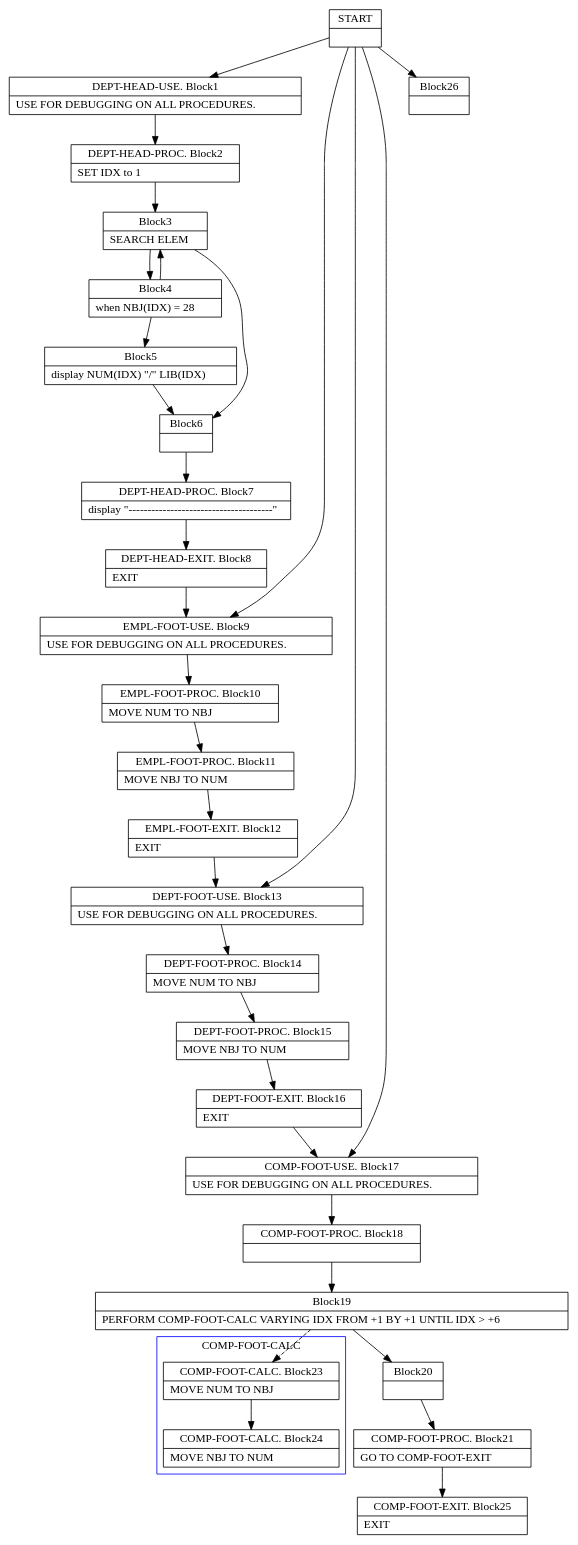
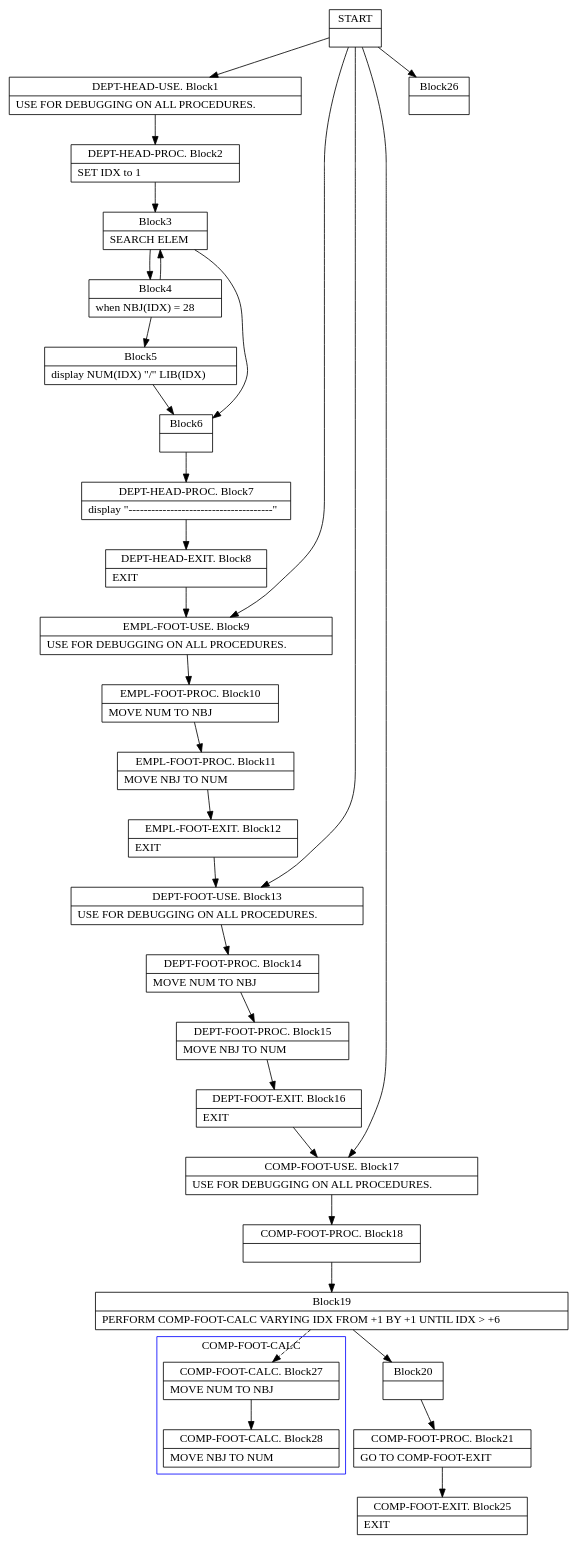
The diagram in TypeCobol.Analysis.Test/BasicCfgInstrs/Declaratives1.dot (TypeCobolTeam/TypeCobol), drawn with Graphviz before and after one commit. The commit also changed 13 other files, not shown here.

```diff
--- a/TypeCobol.Analysis.Test/BasicCfgInstrs/Declaratives1.dot
+++ b/TypeCobol.Analysis.Test/BasicCfgInstrs/Declaratives1.dot
@@ -1,125 +1,125 @@
 digraph Cfg {
 compound=true;
 node [
 shape = "record"
 ]
 
 edge [
 arrowtail = "empty"
 ]
 Block0 [
 label = "{START|}"
 ]
 Block1 [
 label = "{DEPT-HEAD-USE. Block1|    USE FOR DEBUGGING ON ALL PROCEDURES.\l}"
 ]
 Block2 [
 label = "{DEPT-HEAD-PROC. Block2|    SET IDX to 1\l}"
 ]
 Block3 [
 label = "{Block3|    SEARCH ELEM\l}"
 ]
 Block4 [
 label = "{Block4|           when NBJ(IDX) = 28\l}"
 ]
 Block5 [
 label = "{Block5|           display NUM(IDX) \"/\" LIB(IDX)\l}"
 ]
 Block6 [
 label = "{Block6|}"
 ]
 Block7 [
 label = "{DEPT-HEAD-PROC. Block7|    display \"--------------------------------------\"\l}"
 ]
 Block8 [
 label = "{DEPT-HEAD-EXIT. Block8|EXIT\l}"
 ]
 Block9 [
 label = "{EMPL-FOOT-USE. Block9|                       USE FOR DEBUGGING ON ALL PROCEDURES.\l}"
 ]
 Block10 [
 label = "{EMPL-FOOT-PROC. Block10|MOVE NUM TO NBJ\l}"
 ]
 Block11 [
 label = "{EMPL-FOOT-PROC. Block11|MOVE NBJ TO NUM\l}"
 ]
 Block12 [
 label = "{EMPL-FOOT-EXIT. Block12|EXIT\l}"
 ]
 Block13 [
 label = "{DEPT-FOOT-USE. Block13|                       USE FOR DEBUGGING ON ALL PROCEDURES.\l}"
 ]
 Block14 [
 label = "{DEPT-FOOT-PROC. Block14|MOVE NUM TO NBJ\l}"
 ]
 Block15 [
 label = "{DEPT-FOOT-PROC. Block15|MOVE NBJ TO NUM\l}"
 ]
 Block16 [
 label = "{DEPT-FOOT-EXIT. Block16|EXIT\l}"
 ]
 Block17 [
 label = "{COMP-FOOT-USE. Block17|                       USE FOR DEBUGGING ON ALL PROCEDURES.\l}"
 ]
 Block18 [
 label = "{COMP-FOOT-PROC. Block18|}"
 ]
 Block19 [
 label = "{Block19|PERFORM COMP-FOOT-CALC  VARYING IDX FROM +1 BY +1  UNTIL IDX \> +6\l}"
 ]
 subgraph cluster_1{
 color = blue;
 label = "COMP-FOOT-CALC";
-Block23 [
-label = "{COMP-FOOT-CALC. Block23|MOVE NUM TO NBJ\l}"
+Block27 [
+label = "{COMP-FOOT-CALC. Block27|MOVE NUM TO NBJ\l}"
 ]
-Block24 [
-label = "{COMP-FOOT-CALC. Block24|MOVE NBJ TO NUM\l}"
+Block28 [
+label = "{COMP-FOOT-CALC. Block28|MOVE NBJ TO NUM\l}"
 ]
-Block23 -> Block24
+Block27 -> Block28
 
 }
-Block19 -> Block23 [style=dashed]
+Block19 -> Block27 [style=dashed]
 
 Block20 [
 label = "{Block20|}"
 ]
 Block21 [
 label = "{COMP-FOOT-PROC. Block21|GO TO COMP-FOOT-EXIT\l}"
 ]
 Block25 [
 label = "{COMP-FOOT-EXIT. Block25|EXIT\l}"
 ]
 Block26 [
 label = "{Block26|}"
 ]
 Block0 -> Block1
 Block0 -> Block26
 Block0 -> Block9
 Block0 -> Block13
 Block0 -> Block17
 Block1 -> Block2
 Block2 -> Block3
 Block3 -> Block4
 Block3 -> Block6
 Block4 -> Block5
 Block4 -> Block3
 Block5 -> Block6
 Block6 -> Block7
 Block7 -> Block8
 Block8 -> Block9
 Block9 -> Block10
 Block10 -> Block11
 Block11 -> Block12
 Block12 -> Block13
 Block13 -> Block14
 Block14 -> Block15
 Block15 -> Block16
 Block16 -> Block17
 Block17 -> Block18
 Block18 -> Block19
 Block19 -> Block20
 Block20 -> Block21
 Block21 -> Block25
 
 }
```
